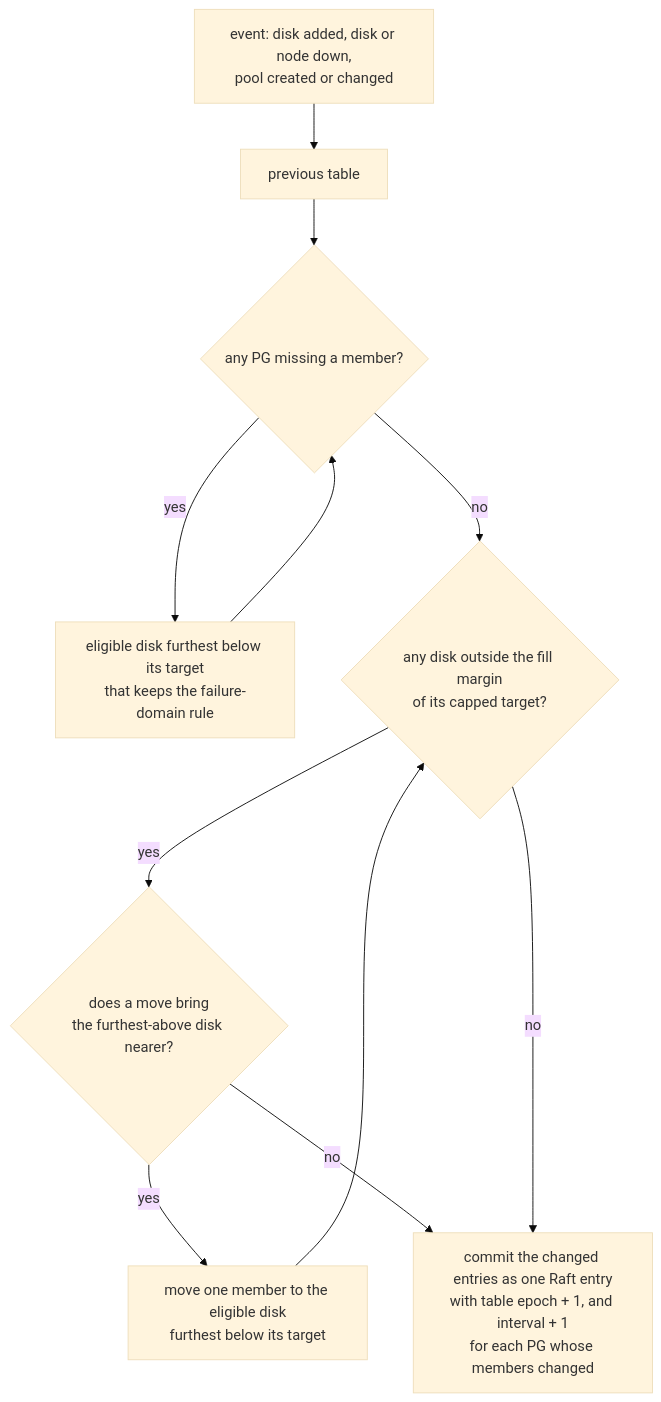
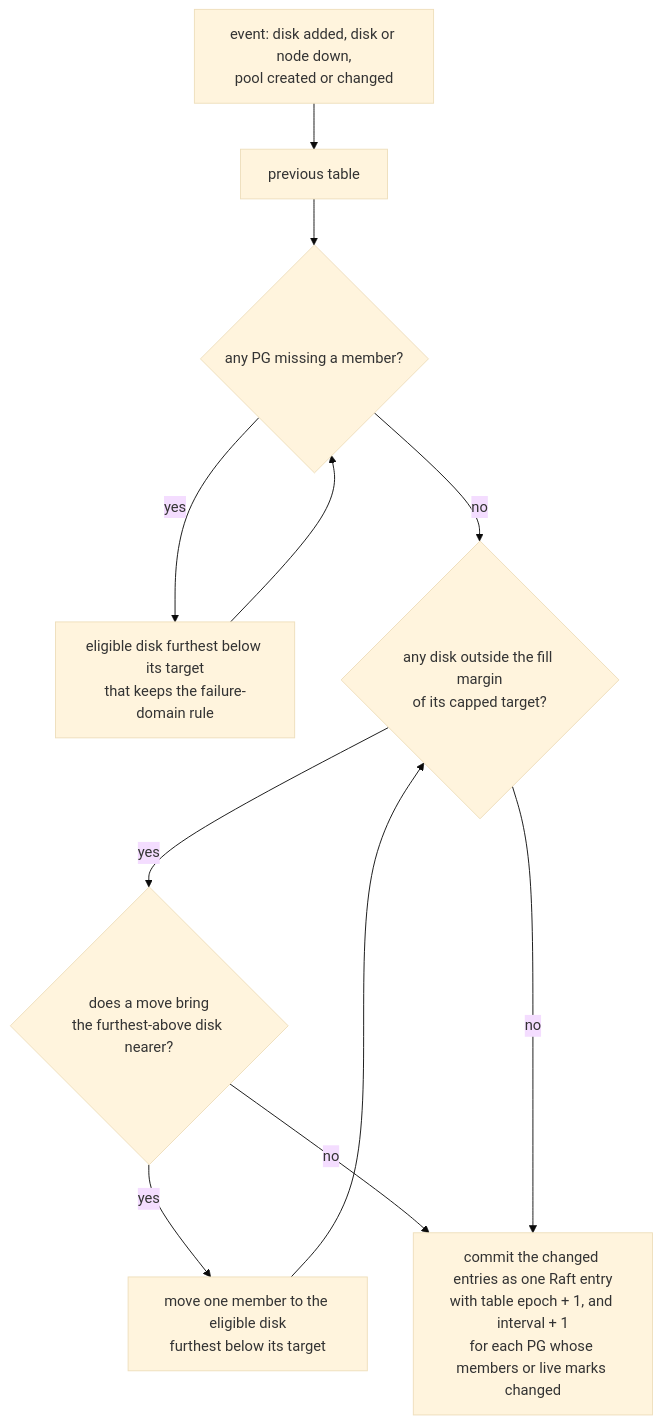
Before and after one commit to nvcnvn/rock-solid: the third of 5 diagrams in blogs/02-chunks-and-placement.md, drawn with Mermaid (base theme). The commit also changed other lines of this file and 15 other files, not shown here.

````diff
--- a/blogs/02-chunks-and-placement.md
+++ b/blogs/02-chunks-and-placement.md
@@ -391,13 +398,13 @@
 ```mermaid
 flowchart TD
     E["event: disk added, disk or node down,<br/>pool created or changed"] --> S["previous table"]
     S --> M{"any PG missing a member?"}
     M -- "yes" --> R["eligible disk furthest below its target<br/>that keeps the failure-domain rule"]
     R --> M
     M -- "no" --> B{"any disk outside the fill margin<br/>of its capped target?"}
     B -- "yes" --> H{"does a move bring<br/>the furthest-above disk nearer?"}
     H -- "yes" --> MV["move one member to the eligible disk<br/>furthest below its target"]
     MV --> B
     H -- "no" --> C
-    B -- "no" --> C["commit the changed entries as one Raft entry<br/>with table epoch + 1, and interval + 1<br/>for each PG whose members changed"]
+    B -- "no" --> C["commit the changed entries as one Raft entry<br/>with table epoch + 1, and interval + 1<br/>for each PG whose members or live marks changed"]
 ```
````
